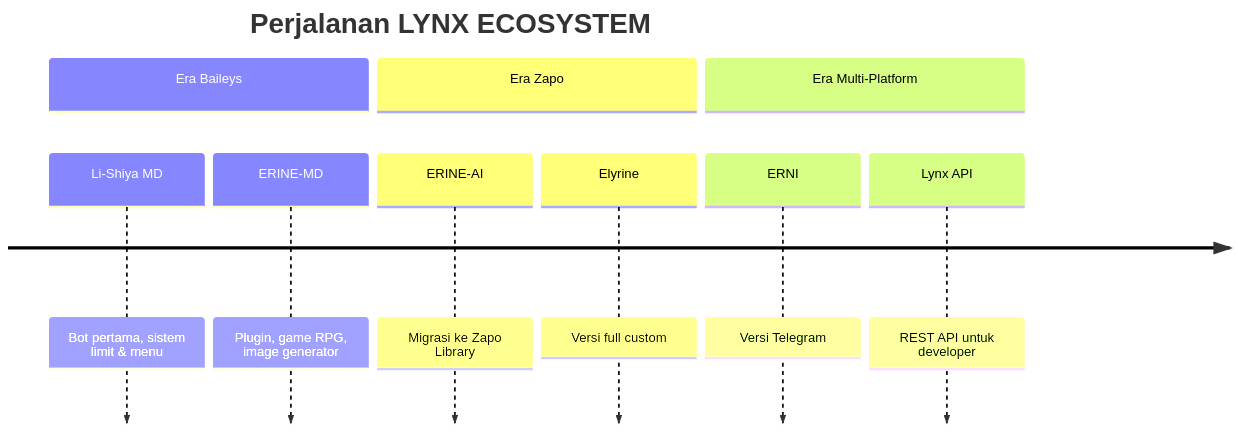
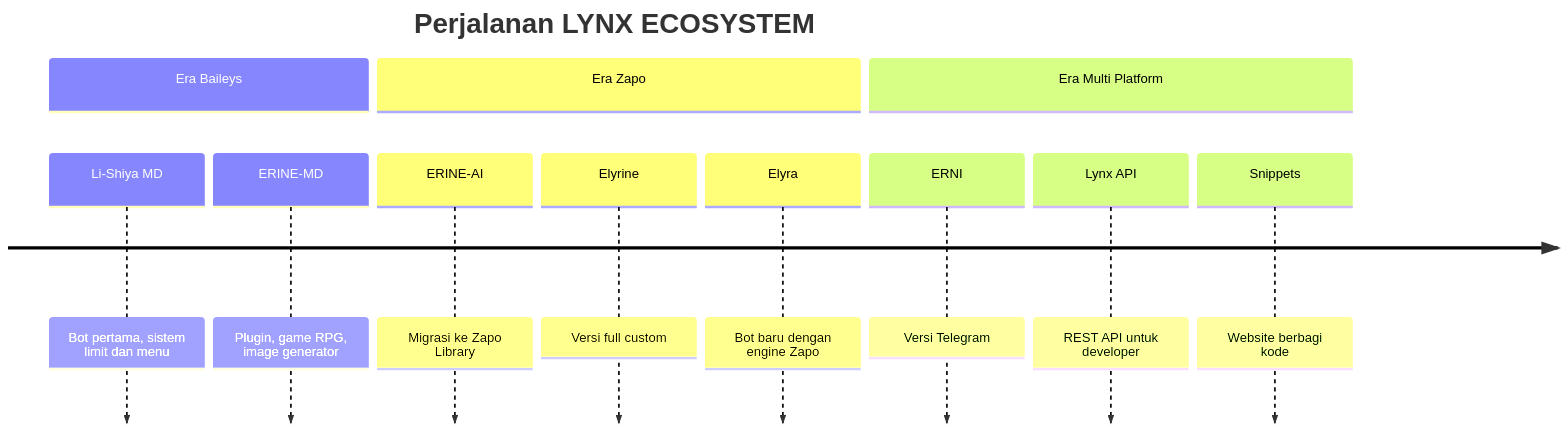
The second of 3 diagrams in README.md (Lynxcode-id/Lynxcode-id), drawn with Mermaid before and after one commit. The commit also changed other lines of this file and 1 other file, not shown here.

````diff
--- a/README.md
+++ b/README.md
@@ -164,13 +236,15 @@
 ```mermaid
 timeline
     title Perjalanan LYNX ECOSYSTEM
     section Era Baileys
-        Li-Shiya MD : Bot pertama, sistem limit & menu
+        Li-Shiya MD : Bot pertama, sistem limit dan menu
         ERINE-MD : Plugin, game RPG, image generator
     section Era Zapo
         ERINE-AI : Migrasi ke Zapo Library
         Elyrine : Versi full custom
-    section Era Multi-Platform
+        Elyra : Bot baru dengan engine Zapo
+    section Era Multi Platform
         ERNI : Versi Telegram
         Lynx API : REST API untuk developer
+        Snippets : Website berbagi kode
 ```
````
